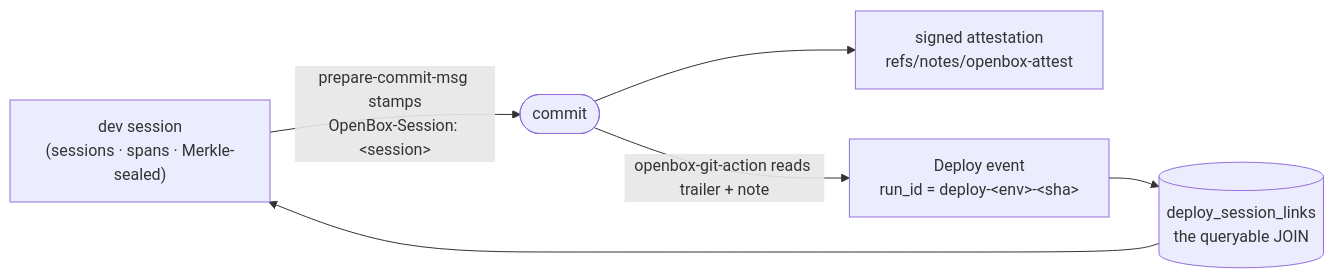
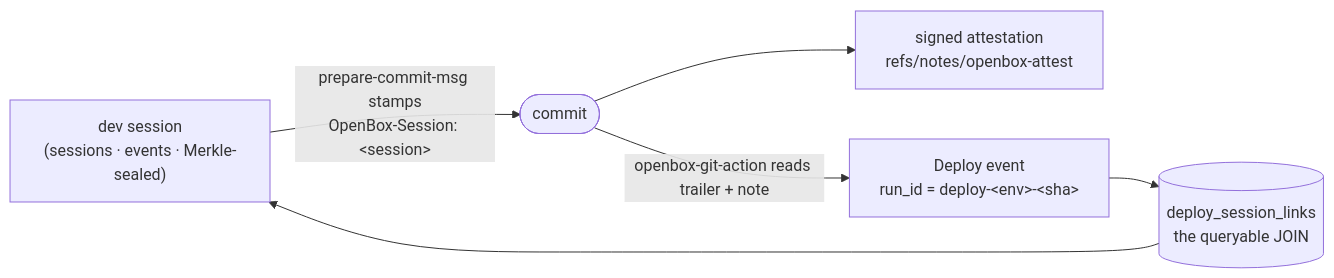
The diagram in docs/lineage.md (OpenBox-AI/openbox-shift-left), drawn with Mermaid before and after one commit. The commit also changed 4 other files, not shown here.

````diff
--- a/docs/lineage.md
+++ b/docs/lineage.md
@@ -8,13 +8,13 @@
 ```mermaid
 flowchart LR
-  S["dev session<br/>(sessions · spans · Merkle-sealed)"]
+  S["dev session<br/>(sessions · events · Merkle-sealed)"]
   C(["commit"])
   N["signed attestation<br/>refs/notes/openbox-attest"]
   D["Deploy event<br/>run_id = deploy-&lt;env&gt;-&lt;sha&gt;"]
   L[("deploy_session_links<br/>the queryable JOIN")]
   S -- "prepare-commit-msg stamps<br/>OpenBox-Session: &lt;session&gt;" --> C
   C --> N
   C -- "openbox-git-action reads trailer + note" --> D
   D --> L
   L --> S
 ```
````
